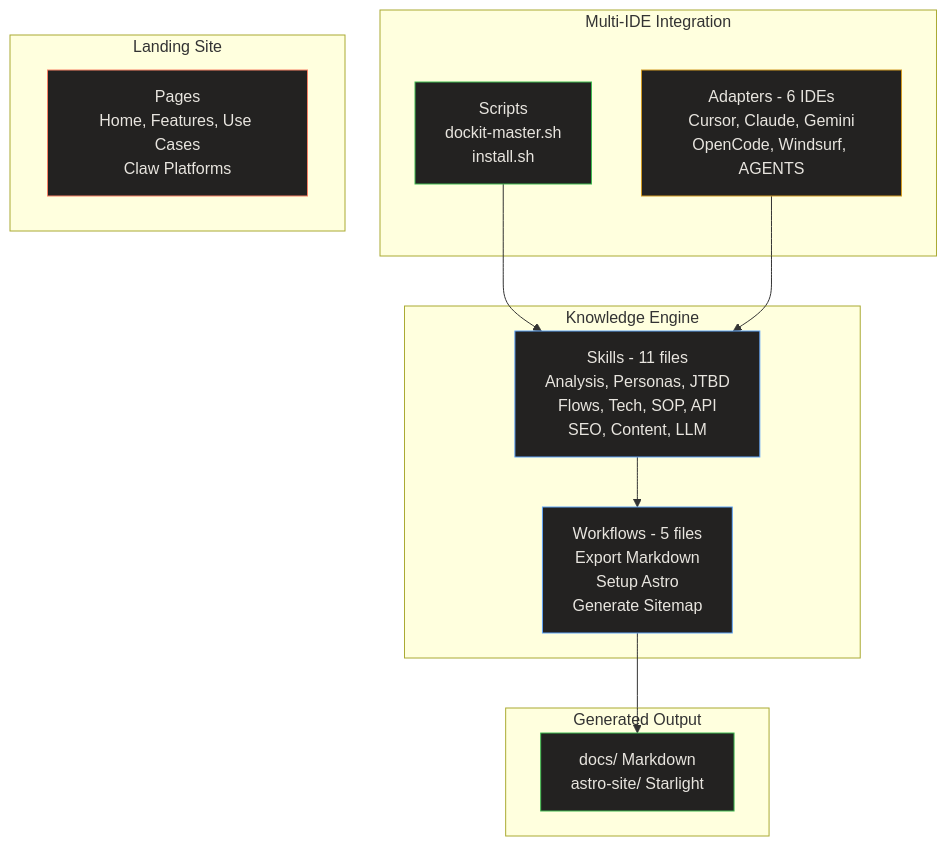
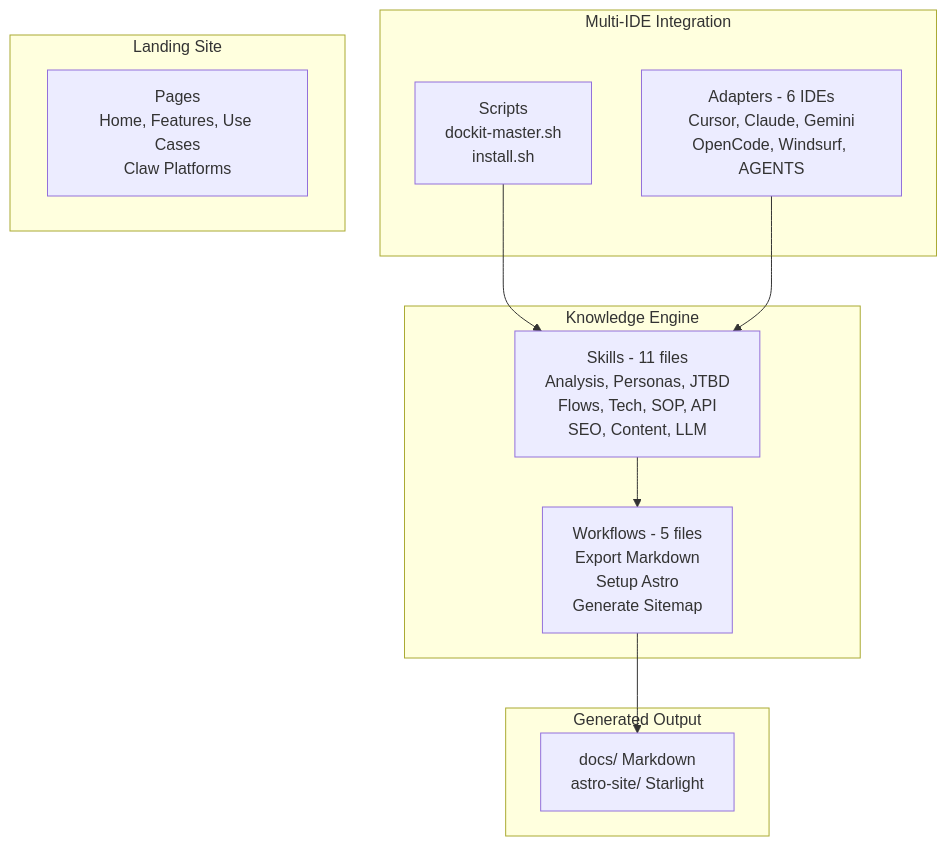
The first of 2 diagrams in astro-site/src/content/docs/analysis.md (relukdev/doc-kit), drawn with Mermaid before and after one commit. The commit also changed 48 other files, not shown here.

First line of the commit message:
fix: remove hard-coded Mermaid dark-mode colors, use native themes for light/dark

````diff
--- a/astro-site/src/content/docs/analysis.md
+++ b/astro-site/src/content/docs/analysis.md
@@ -22,32 +22,26 @@
 ```mermaid
 graph TB
-    style SKILL fill:#232221,stroke:#60A5FA,color:#E8E5DF
-    style WORKFLOW fill:#232221,stroke:#60A5FA,color:#E8E5DF
-    style SCRIPTS fill:#232221,stroke:#3fb950,color:#E8E5DF
-    style ADAPTERS fill:#232221,stroke:#d29922,color:#E8E5DF
-    style PAGES fill:#232221,stroke:#f78166,color:#E8E5DF
-    style OUTPUT fill:#232221,stroke:#3fb950,color:#E8E5DF
 
     subgraph Core["Knowledge Engine"]
         SKILL["Skills - 11 files\nAnalysis, Personas, JTBD\nFlows, Tech, SOP, API\nSEO, Content, LLM"]
         WORKFLOW["Workflows - 5 files\nExport Markdown\nSetup Astro\nGenerate Sitemap"]
     end
 
     subgraph Integration["Multi-IDE Integration"]
         ADAPTERS["Adapters - 6 IDEs\nCursor, Claude, Gemini\nOpenCode, Windsurf, AGENTS"]
         SCRIPTS["Scripts\ndockit-master.sh\ninstall.sh"]
     end
 
     subgraph Presentation["Landing Site"]
         PAGES["Pages\nHome, Features, Use Cases\nClaw Platforms"]
     end
 
     subgraph Output["Generated Output"]
         OUTPUT["docs/ Markdown\nastro-site/ Starlight"]
     end
 
     SKILL --> WORKFLOW
     WORKFLOW --> OUTPUT
     SCRIPTS --> SKILL
     ADAPTERS --> SKILL
 ```
````
